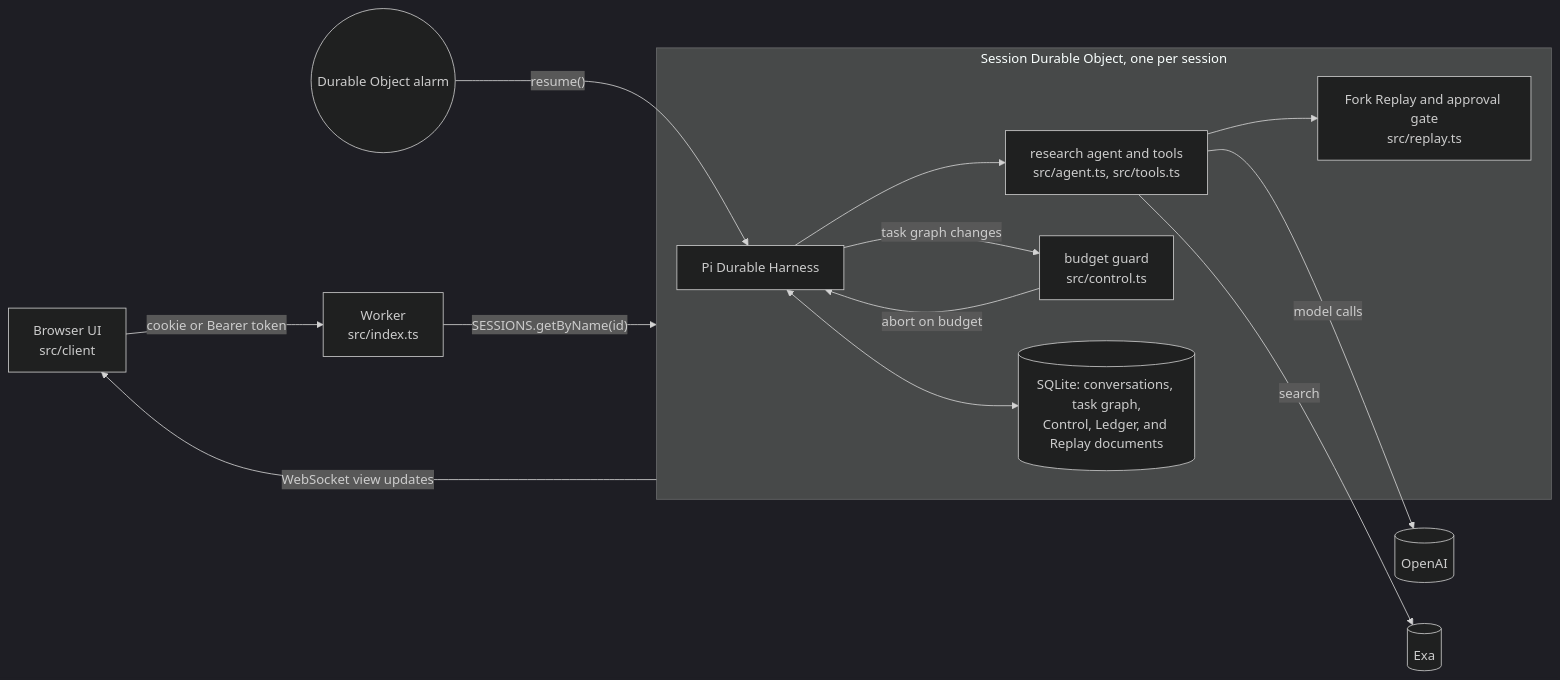
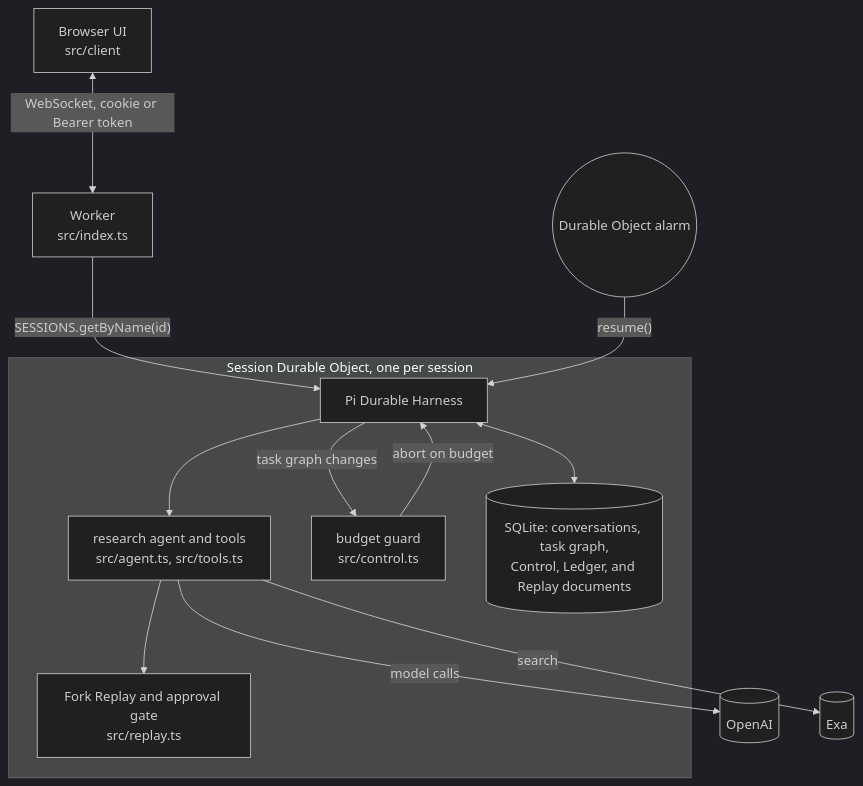
Before and after one commit to hung-ngm/pi-durable-replay: the diagram in README.md, drawn with Mermaid (dark theme).

Commit message:
docs(readme): lay out the system diagram top to bottom
The left-to-right layout and a return edge from the session put the
browser on the far right and shrank every label on GitHub.

````diff
--- a/README.md
+++ b/README.md
@@ -27,23 +27,22 @@
 ```mermaid
-flowchart LR
-	Browser["Browser UI<br/>src/client"] -- "cookie or Bearer token" --> Worker["Worker<br/>src/index.ts"]
-	Worker -- "SESSIONS.getByName(id)" --> Session
+flowchart TB
+	Browser["Browser UI<br/>src/client"] <-- "WebSocket, cookie or Bearer token" --> Worker["Worker<br/>src/index.ts"]
+	Worker -- "SESSIONS.getByName(id)" --> Harness
 
 	subgraph Session["Session Durable Object, one per session"]
 		Harness["Pi Durable Harness"]
 		Agent["research agent and tools<br/>src/agent.ts, src/tools.ts"]
+		Replay["Fork Replay and approval gate<br/>src/replay.ts"]
 		Control["budget guard<br/>src/control.ts"]
-		Replay["Fork Replay and approval gate<br/>src/replay.ts"]
 		Store[("SQLite: conversations, task graph,<br/>Control, Ledger, and Replay documents")]
 		Harness --> Agent
 		Agent --> Replay
 		Harness -- "task graph changes" --> Control
 		Control -- "abort on budget" --> Harness
 		Harness <--> Store
 	end
 
+	Alarm(("Durable Object alarm")) -- "resume()" --> Harness
 	Agent -- "model calls" --> OpenAI[("OpenAI")]
 	Agent -- "search" --> Exa[("Exa")]
-	Alarm(("Durable Object alarm")) -- "resume()" --> Harness
-	Session -- "WebSocket view updates" --> Browser
 ```
````
